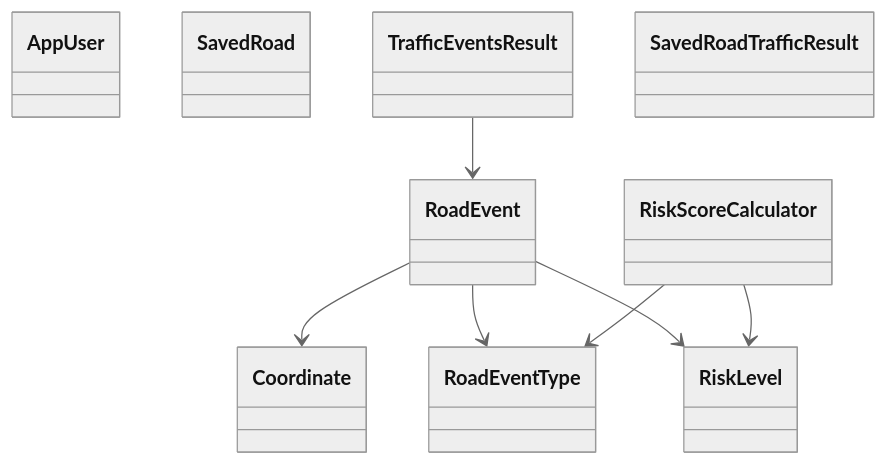
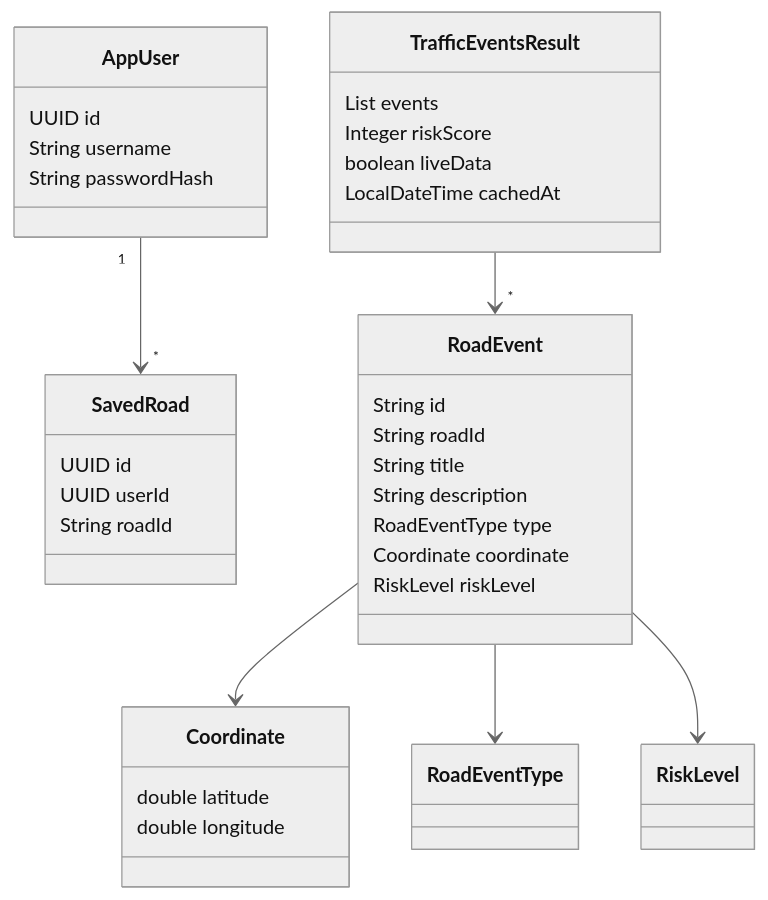
One commit to mifisc-orga/SQS-VerkehrsApp-Projekt changed the eighth of 13 diagrams in docs/arc42/05-bausteinsicht.md. Above: the diagram before and after it, drawn with Mermaid (neutral theme). The commit also changed other lines of this file and 7 other files, not shown here.

Commit message:
add c4 diagrams

````diff
--- a/docs/arc42/05-bausteinsicht.md
+++ b/docs/arc42/05-bausteinsicht.md
@@ -251,23 +339,43 @@
 ```mermaid
 classDiagram
 
-class AppUser
-class SavedRoad
-class RoadEvent
-class Coordinate
-class TrafficEventsResult
-class SavedRoadTrafficResult
+class AppUser {
+    UUID id
+    String username
+    String passwordHash
+}
 
-class RiskLevel
-class RoadEventType
+class SavedRoad {
+    UUID id
+    UUID userId
+    String roadId
+}
 
-class RiskScoreCalculator
+class RoadEvent {
+    String id
+    String roadId
+    String title
+    String description
+    RoadEventType type
+    Coordinate coordinate
+    RiskLevel riskLevel
+}
 
-TrafficEventsResult --> RoadEvent
+class Coordinate {
+    double latitude
+    double longitude
+}
+
+class TrafficEventsResult {
+    List<RoadEvent> events
+    Integer riskScore
+    boolean liveData
+    LocalDateTime cachedAt
+}
+
+AppUser "1" --> "*" SavedRoad
+TrafficEventsResult --> "*" RoadEvent
 RoadEvent --> Coordinate
 RoadEvent --> RoadEventType
 RoadEvent --> RiskLevel
-
-RiskScoreCalculator --> RoadEventType
-RiskScoreCalculator --> RiskLevel
 ```
````
